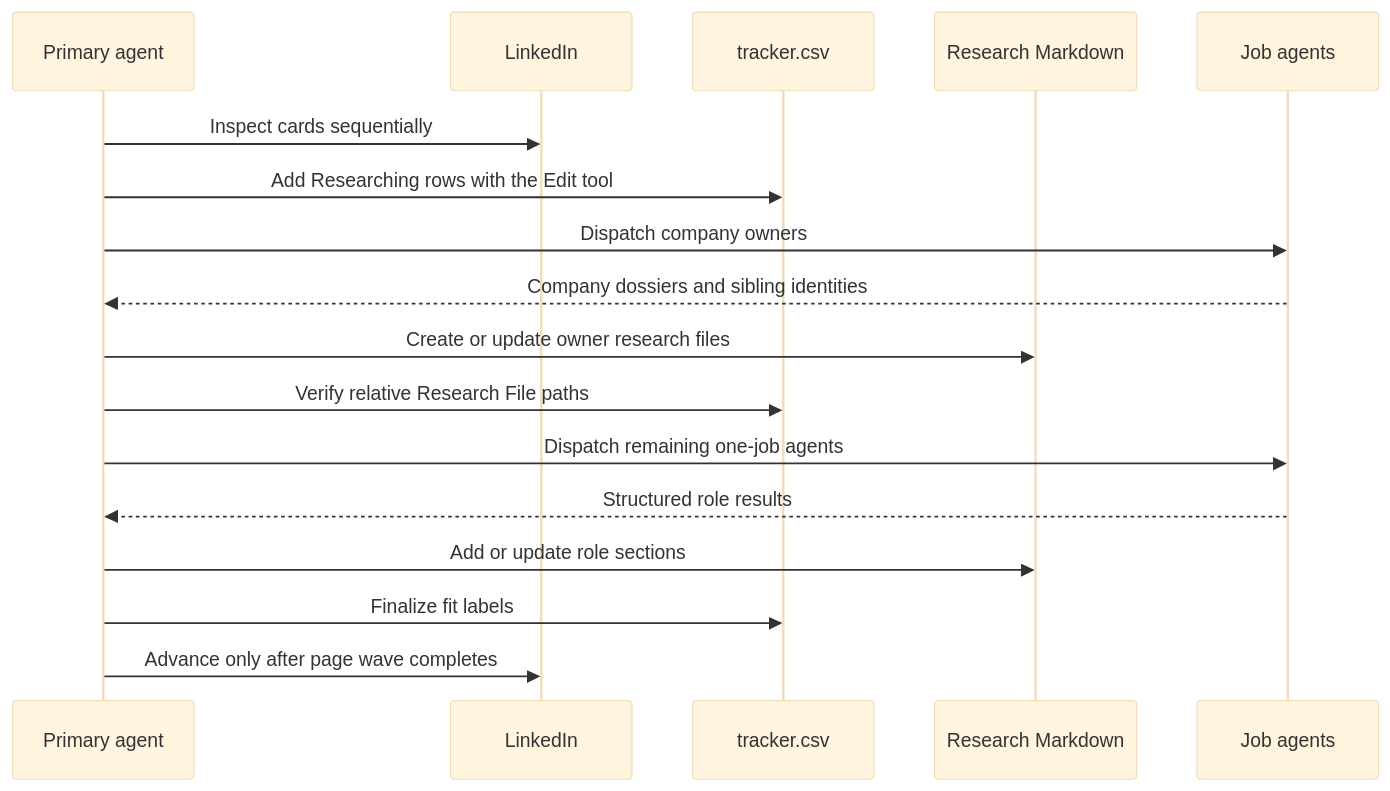
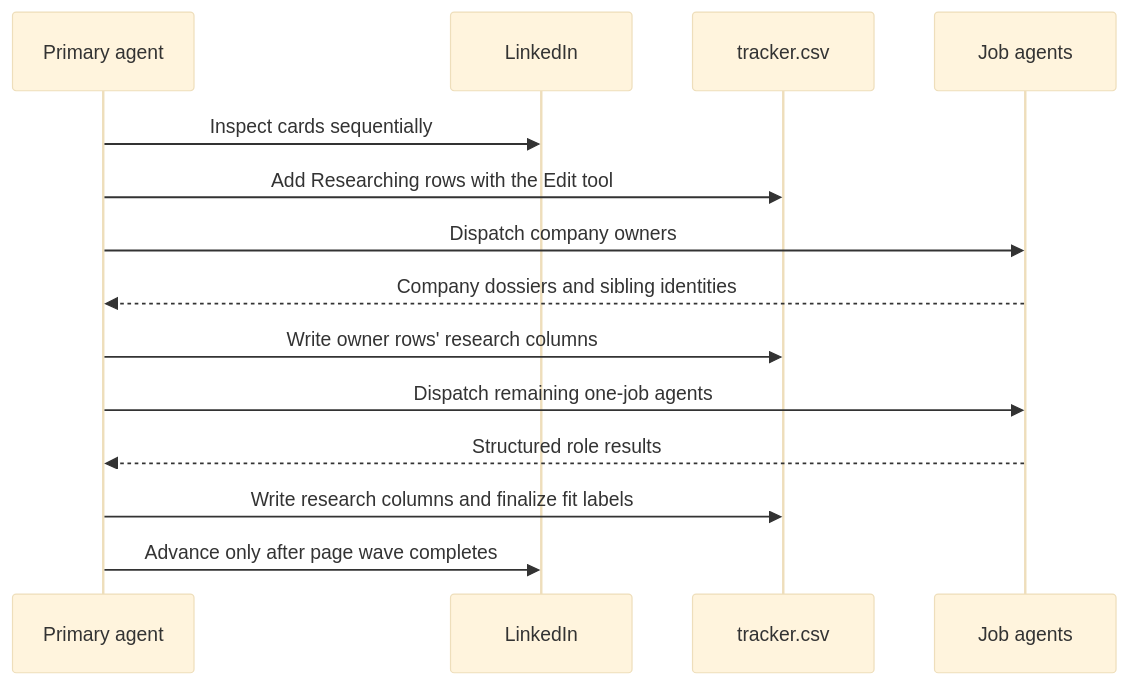
One commit to fsw0422/skills changed the second of 2 diagrams in linkedin-job-pilot/references/subagent-orchestration.md. Above: the diagram before and after it, drawn with Mermaid (base theme). The commit also changed other lines of this file and 9 other files, not shown here.

First line of the commit message:
linkedin-job-pilot: research in tracker columns, next-job preview (#22)

```diff
--- a/linkedin-job-pilot/references/subagent-orchestration.md
+++ b/linkedin-job-pilot/references/subagent-orchestration.md
@@ -37,19 +37,16 @@
 ~~~mermaid
 sequenceDiagram
     participant P as Primary agent
     participant L as LinkedIn
     participant C as tracker.csv
-    participant M as Research Markdown
     participant R as Job agents
     P->>L: Inspect cards sequentially
     P->>C: Add Researching rows with the Edit tool
     P->>R: Dispatch company owners
     R-->>P: Company dossiers and sibling identities
-    P->>M: Create or update owner research files
-    P->>C: Verify relative Research File paths
+    P->>C: Write owner rows' research columns
     P->>R: Dispatch remaining one-job agents
     R-->>P: Structured role results
-    P->>M: Add or update role sections
-    P->>C: Finalize fit labels
+    P->>C: Write research columns and finalize fit labels
     P->>L: Advance only after page wave completes
 ~~~
```
